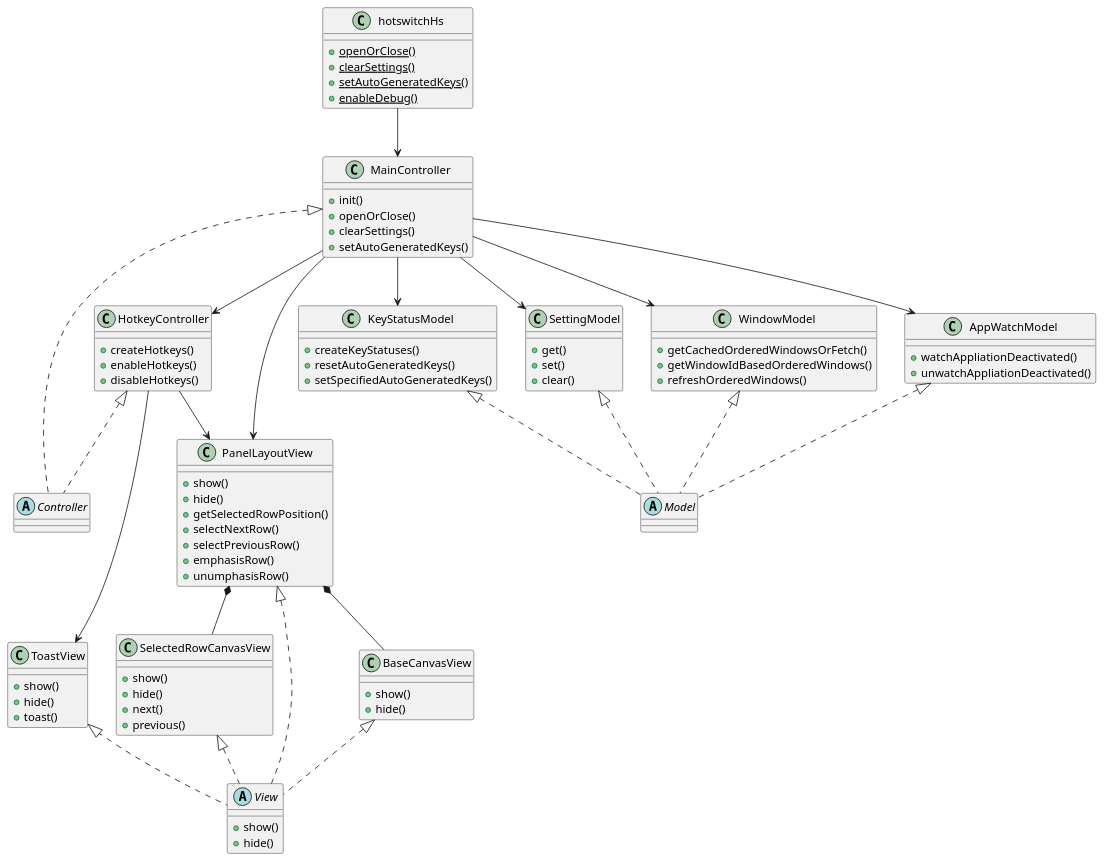
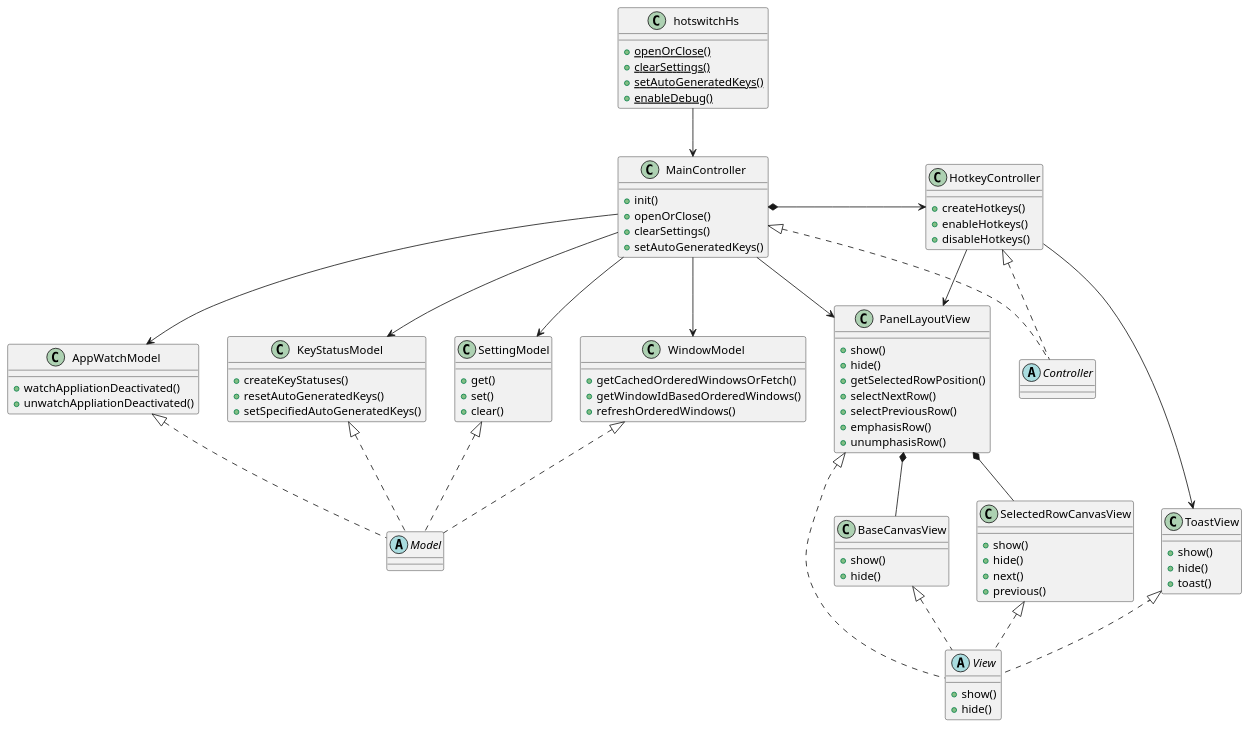
Before and after one commit to oniatsu/HotSwitch-HS: the diagram in uml/class_diagram.pu, drawn with PlantUML. The commit also changed 1 other file, not shown here.

Commit message:
Update uml

```diff
--- a/uml/class_diagram.pu
+++ b/uml/class_diagram.pu
@@ -1,102 +1,102 @@
 @startuml class_diagram
 
 class hotswitchHs {
     {static} +openOrClose()
     {static} +clearSettings()
     {static} +setAutoGeneratedKeys()
     {static} +enableDebug()
 }
 
 class MainController {
     +init()
     +openOrClose()
     +clearSettings()
     +setAutoGeneratedKeys()
 }
 class HotkeyController {
     +createHotkeys()
     +enableHotkeys()
     +disableHotkeys()
 }
 abstract Controller
 
 class KeyStatusModel {
     +createKeyStatuses()
     +resetAutoGeneratedKeys()
     +setSpecifiedAutoGeneratedKeys()
 }
 class SettingModel {
     +get()
     +set()
     +clear()
 }
 class WindowModel {
     +getCachedOrderedWindowsOrFetch()
     +getWindowIdBasedOrderedWindows()
     +refreshOrderedWindows()
 }
 class AppWatchModel {
     +watchAppliationDeactivated()
     +unwatchAppliationDeactivated()
 }
 abstract Model
 
 class PanelLayoutView {
     +show()
     +hide()
     +getSelectedRowPosition()
     +selectNextRow()
     +selectPreviousRow()
     +emphasisRow()
     +unumphasisRow()
 }
 class BaseCanvasView {
     +show()
     +hide()
 }
 class SelectedRowCanvasView {
     +show()
     +hide()
     +next()
     +previous()
 }
 class ToastView {
     +show()
     +hide()
     +toast()
 }
 abstract View {
     +show()
     +hide()
 }
 
 hotswitchHs --> MainController
 
-MainController --> HotkeyController
+MainController *-> HotkeyController
 
 MainController --> PanelLayoutView
 MainController --> KeyStatusModel
 MainController --> SettingModel
 MainController --> WindowModel
 MainController --> AppWatchModel
 
 HotkeyController --> PanelLayoutView
 HotkeyController --> ToastView
 
 KeyStatusModel <|.. Model
 SettingModel <|.. Model
 WindowModel <|.. Model
 AppWatchModel <|.. Model
 
 PanelLayoutView <|.. View
 BaseCanvasView <|.. View
 SelectedRowCanvasView <|.. View
 ToastView <|.. View
 
 MainController <|.. Controller
 HotkeyController <|.. Controller
 
 PanelLayoutView *-- BaseCanvasView 
 PanelLayoutView *-- SelectedRowCanvasView 
 
 @endum
```
